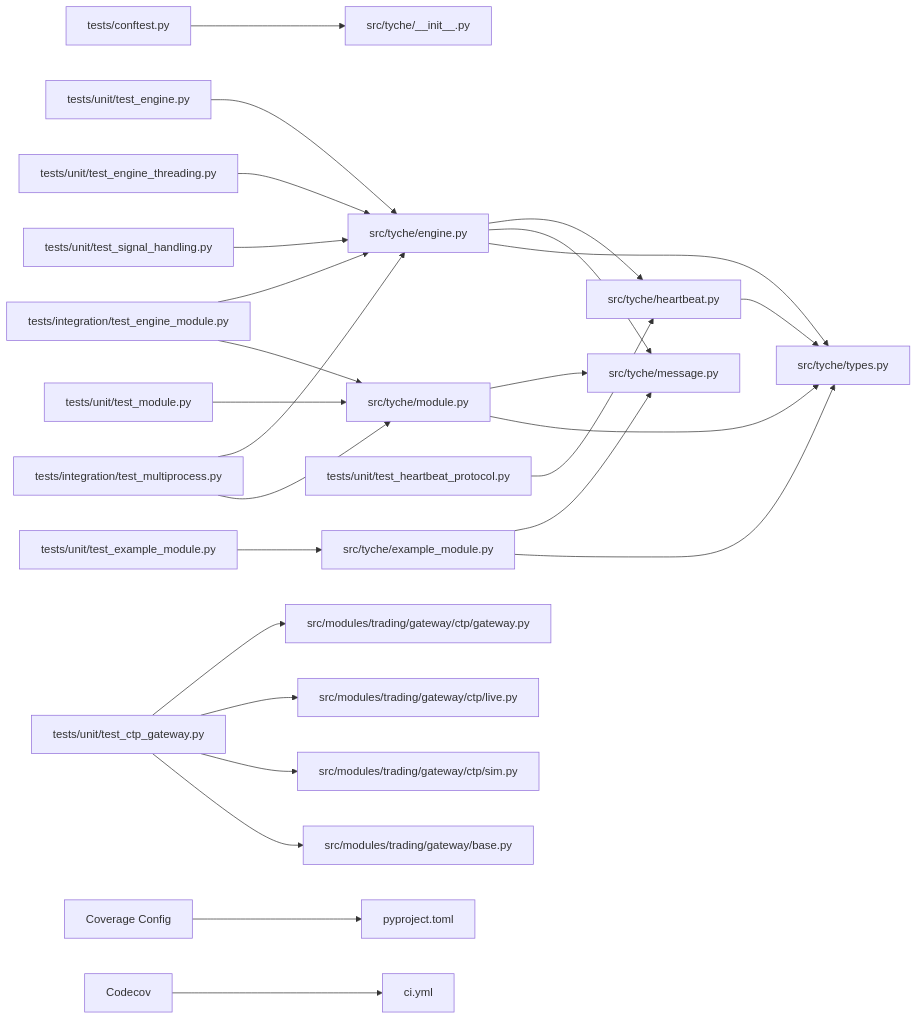
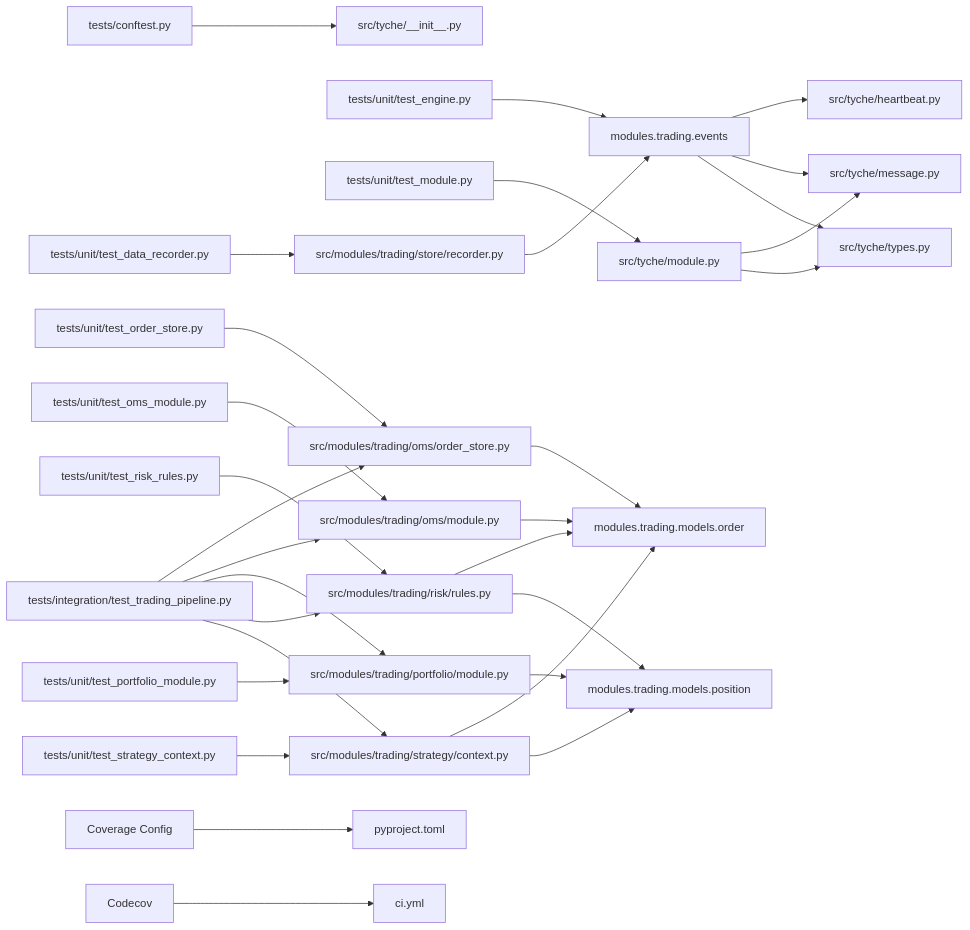
Before and after one commit to zt281/TycheEngine: the third of 4 diagrams in .qoder/repowiki/en/content/Testing and Development.md, drawn with Mermaid. The commit also changed other lines of this file and 11 other files, not shown here.

````diff
--- a/.qoder/repowiki/en/content/Testing and Development.md
+++ b/.qoder/repowiki/en/content/Testing and Development.md
@@ -674,28 +712,32 @@
 ```mermaid
 graph LR
 T["tests/conftest.py"] --> I["src/tyche/__init__.py"]
 U1["tests/unit/test_engine.py"] --> E["src/tyche/engine.py"]
 U2["tests/unit/test_module.py"] --> M["src/tyche/module.py"]
-U3["tests/unit/test_engine_threading.py"] --> E
-U4["tests/unit/test_signal_handling.py"] --> E
-U5["tests/unit/test_heartbeat_protocol.py"] --> HB["src/tyche/heartbeat.py"]
-U6["tests/unit/test_ctp_gateway.py"] --> CTPG["src/modules/trading/gateway/ctp/gateway.py"]
-U6 --> CTPL["src/modules/trading/gateway/ctp/live.py"]
-U6 --> CTPS["src/modules/trading/gateway/ctp/sim.py"]
-U6 --> BG["src/modules/trading/gateway/base.py"]
-I1["tests/integration/test_engine_module.py"] --> E
-I1 --> M
-I2["tests/integration/test_multiprocess.py"] --> E
-I2 --> M
-E --> HB
+U3["tests/unit/test_order_store.py"] --> OS["src/modules/trading/oms/order_store.py"]
+U4["tests/unit/test_oms_module.py"] --> OM["src/modules/trading/oms/module.py"]
+U5["tests/unit/test_portfolio_module.py"] --> PM["src/modules/trading/portfolio/module.py"]
+U6["tests/unit/test_risk_rules.py"] --> RR["src/modules/trading/risk/rules.py"]
+U7["tests/unit/test_strategy_context.py"] --> SC["src/modules/trading/strategy/context.py"]
+U8["tests/unit/test_data_recorder.py"] --> DR["src/modules/trading/store/recorder.py"]
+I1["tests/integration/test_trading_pipeline.py"] --> OS
+I1 --> OM
+I1 --> PM
+I1 --> RR
+I1 --> SC
+E --> HB["src/tyche/heartbeat.py"]
 E --> MSG["src/tyche/message.py"]
 E --> TP["src/tyche/types.py"]
 M --> MSG
 M --> TP
-EM["tests/unit/test_example_module.py"] --> EMOD["src/tyche/example_module.py"]
-EMOD --> MSG
-EMOD --> TP
-HB --> TP
+OS --> ORD["modules.trading.models.order"]
+OM --> ORD
+PM --> POS["modules.trading.models.position"]
+RR --> ORD
+RR --> POS
+SC --> ORD
+SC --> POS
+DR --> E["modules.trading.events"]
 C["Coverage Config"] --> P["pyproject.toml"]
 CE["Codecov"] --> W["ci.yml"]
 ```
````
